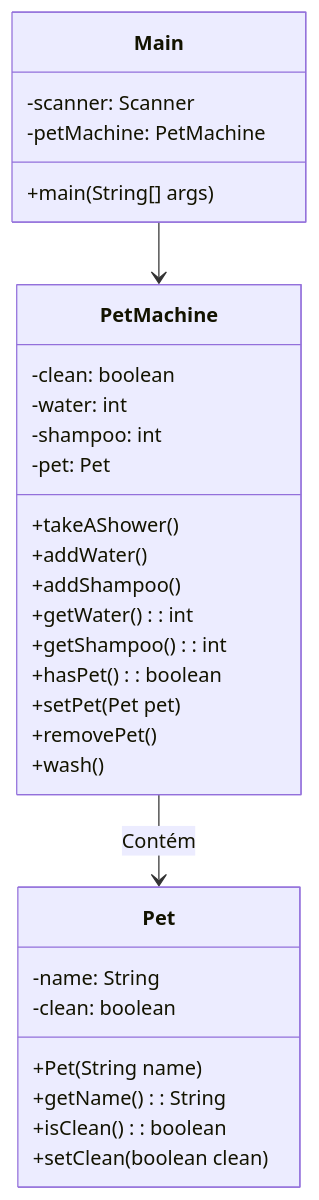
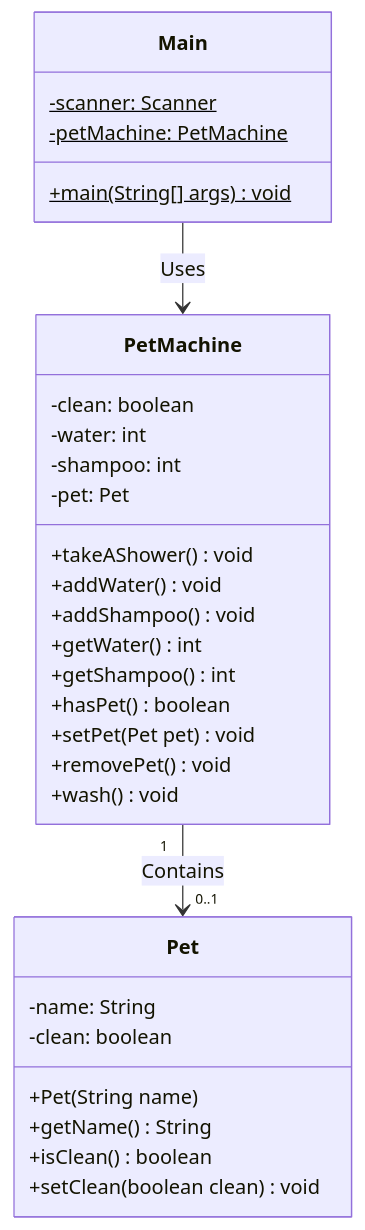
The diagram in README.md (jonson22rodriguesalves/ex-petshop), drawn with Mermaid before and after one commit.

Commit message:
Primeiro Commit

`````diff
--- a/README.md
+++ b/README.md
@@ -79,36 +79,36 @@
 ````mermaid
 classDiagram
     class Main {
-        -scanner: Scanner
-        -petMachine: PetMachine
-        +main(String[] args)
+        -scanner: Scanner$
+        -petMachine: PetMachine$
+        +main(String[] args)$ void
     }
 
     class Pet {
         -name: String
         -clean: boolean
         +Pet(String name)
-        +getName(): String
-        +isClean(): boolean
-        +setClean(boolean clean)
+        +getName() String
+        +isClean() boolean
+        +setClean(boolean clean) void
     }
 
     class PetMachine {
         -clean: boolean
         -water: int
         -shampoo: int
         -pet: Pet
-        +takeAShower()
-        +addWater()
-        +addShampoo()
-        +getWater(): int
-        +getShampoo(): int
-        +hasPet(): boolean
-        +setPet(Pet pet)
-        +removePet()
-        +wash()
+        +takeAShower() void
+        +addWater() void
+        +addShampoo() void
+        +getWater() int
+        +getShampoo() int
+        +hasPet() boolean
+        +setPet(Pet pet) void
+        +removePet() void
+        +wash() void
     }
 
-    Main --> PetMachine
-    PetMachine --> Pet : Contém
+    Main --> PetMachine : Uses
+    PetMachine "1" --> "0..1" Pet : Contains
 ````
`````
